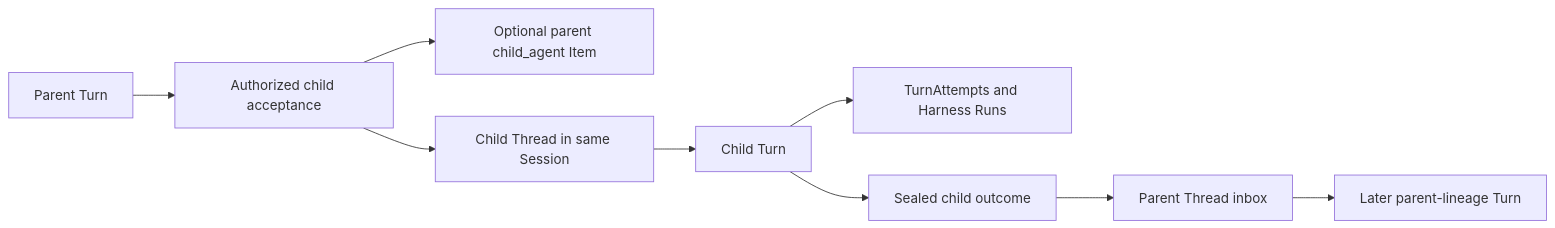
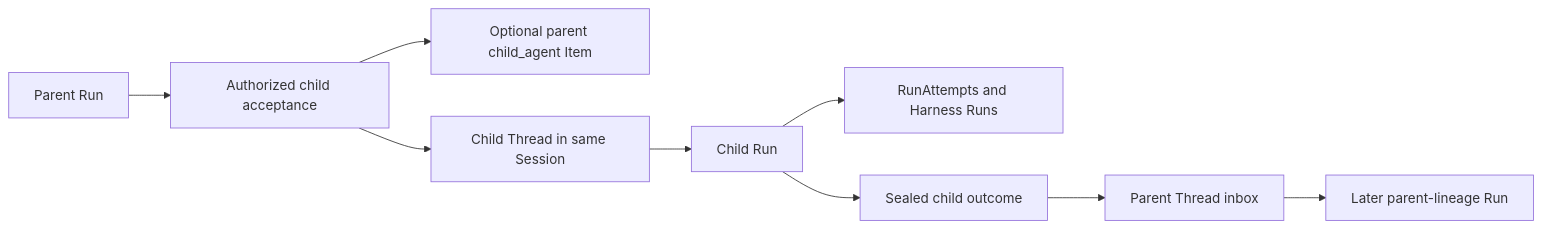
The first of 2 diagrams in spec/foundation-service/18-async-subagents.md (LTThreeComma/agent-foundation), drawn with Mermaid before and after one commit. The commit also changed other lines of this file and 50 other files, not shown here.

````diff
--- a/spec/foundation-service/18-async-subagents.md
+++ b/spec/foundation-service/18-async-subagents.md
@@ -11,11 +11,11 @@
 ```mermaid
 flowchart LR
-    Parent[Parent Turn] --> Spawn[Authorized child acceptance]
+    Parent[Parent Run] --> Spawn[Authorized child acceptance]
     Spawn --> ParentItem[Optional parent child_agent Item]
     Spawn --> ChildThread[Child Thread in same Session]
-    ChildThread --> Child[Child Turn]
-    Child --> Attempts[TurnAttempts and Harness Runs]
+    ChildThread --> Child[Child Run]
+    Child --> Attempts[RunAttempts and Harness Runs]
     Child --> Frozen[Sealed child outcome]
     Frozen --> Delivery[Parent Thread inbox]
-    Delivery --> Successor[Later parent-lineage Turn]
+    Delivery --> Successor[Later parent-lineage Run]
 ```
````
